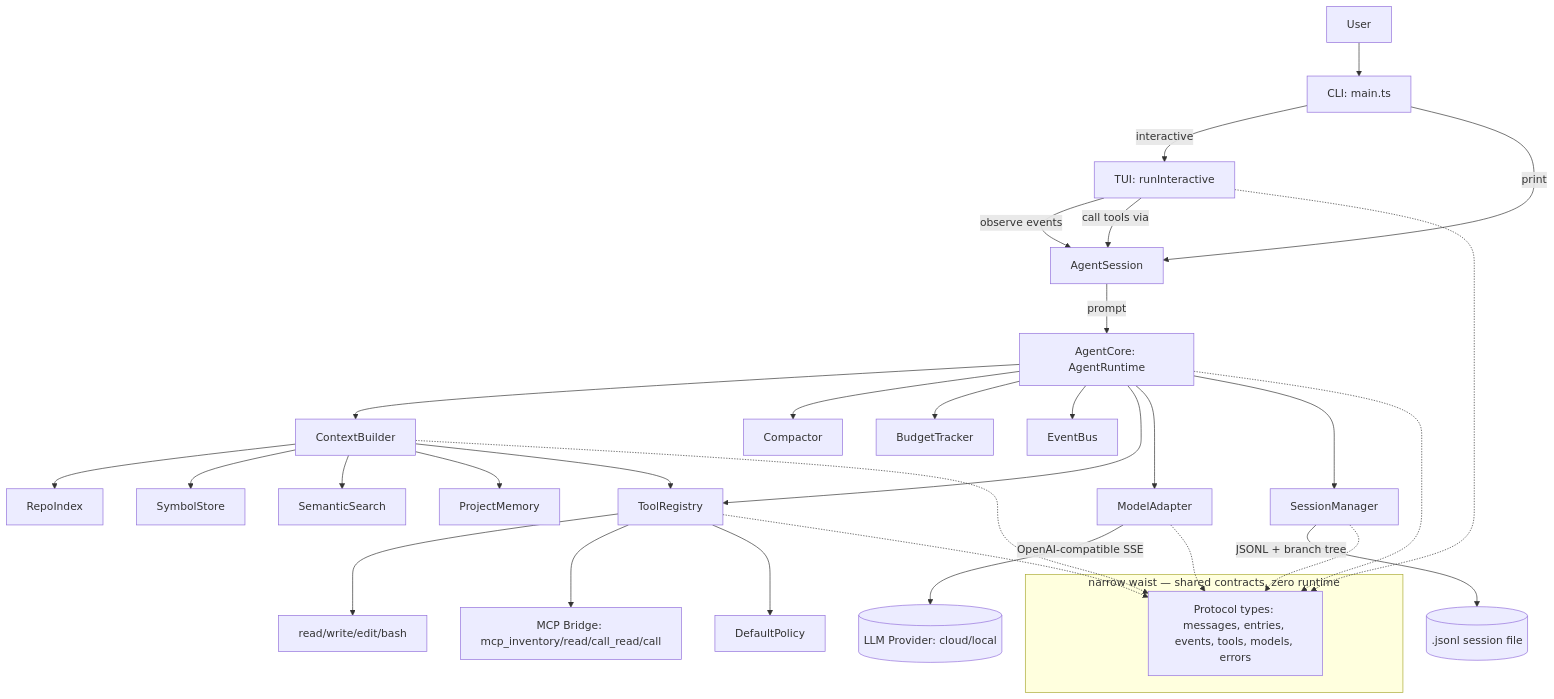
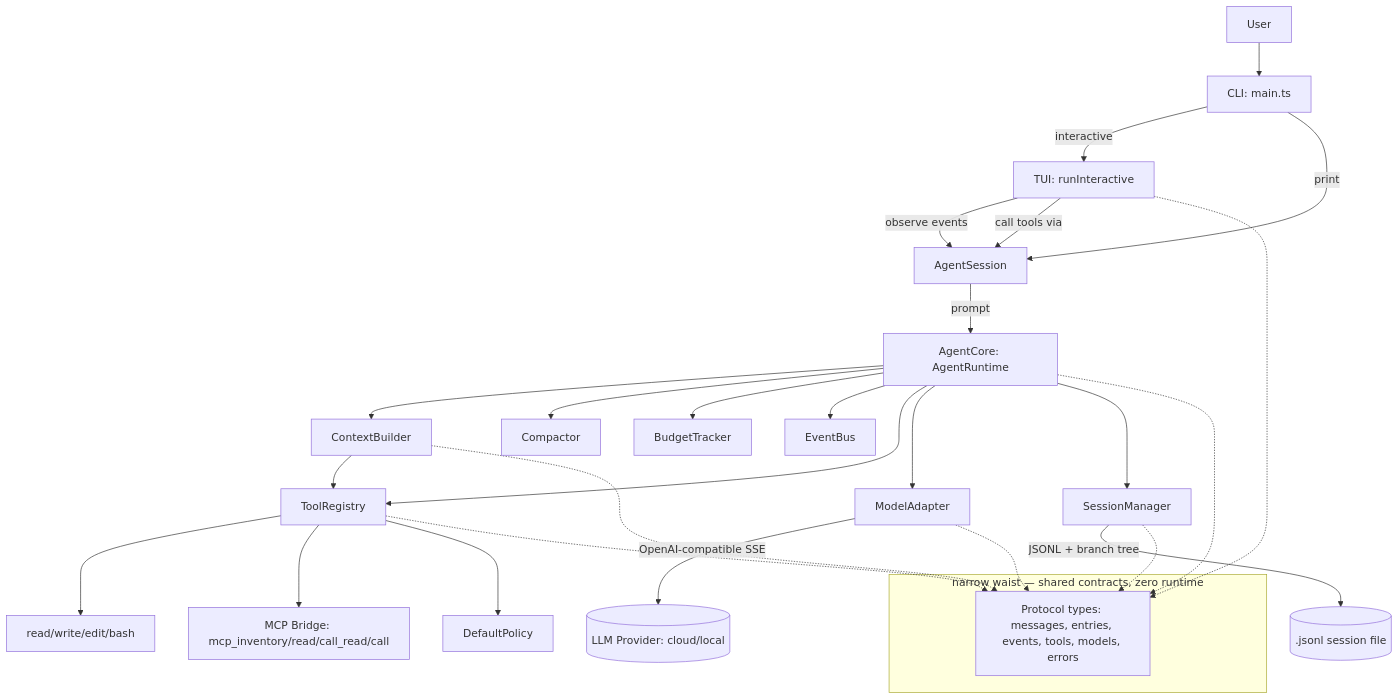
The first of 2 diagrams in docs/packages/index.md (ajeetkbhardwaj/kern), drawn with Mermaid before and after one commit. The commit also changed other lines of this file and 71 other files, not shown here.

````diff
--- a/docs/packages/index.md
+++ b/docs/packages/index.md
@@ -42,43 +38,39 @@
 ```mermaid
 flowchart TD
     User[User] --> CLI[CLI: main.ts]
     CLI -->|interactive| TUI[TUI: runInteractive]
     CLI -->|print| Session[AgentSession]
     
     TUI -->|observe events| Session
     TUI -->|call tools via| Session
     Session -->|prompt| AgentCore[AgentCore: AgentRuntime]
     
     AgentCore --> CB[ContextBuilder]
     AgentCore --> Comp[Compactor]
     AgentCore --> Budgets[BudgetTracker]
     AgentCore --> Events[EventBus]
     AgentCore --> Tools[ToolRegistry]
     AgentCore --> Model[ModelAdapter]
     AgentCore --> Sessions[SessionManager]
     
-    CB --> RI[RepoIndex]
-    CB --> Sym[SymbolStore]
-    CB --> SS[SemanticSearch]
-    CB --> PM[ProjectMemory]
     CB --> Tools
     
     Tools --> BuiltIn[read/write/edit/bash]
     Tools --> MCP[MCP Bridge: mcp_inventory/read/call_read/call]
     Tools --> Policy[DefaultPolicy]
     
     Model -->|OpenAI-compatible SSE| Provider[(LLM Provider: cloud/local)]
     
     Sessions -->|JSONL + branch tree| SessionFile[(.jsonl session file)]
     
     subgraph Protocol [narrow waist — shared contracts, zero runtime]
     Proto[Protocol types: messages, entries, events, tools, models, errors]
     end
     
     AgentCore -.-> Proto
     Sessions -.-> Proto
     Tools -.-> Proto
     Model -.-> Proto
     CB -.-> Proto
     TUI -.-> Proto
 ```
````
